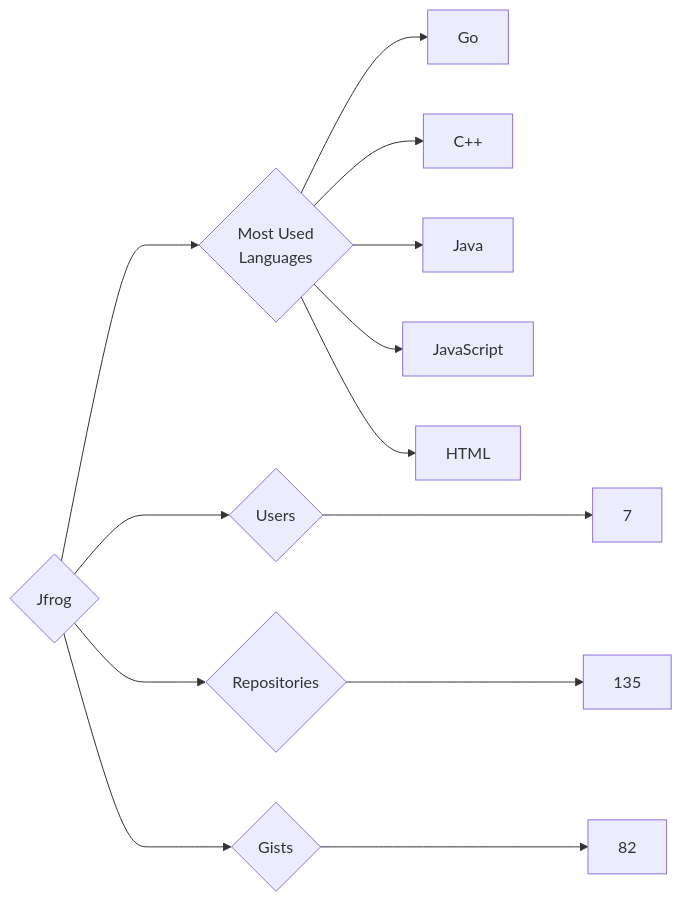
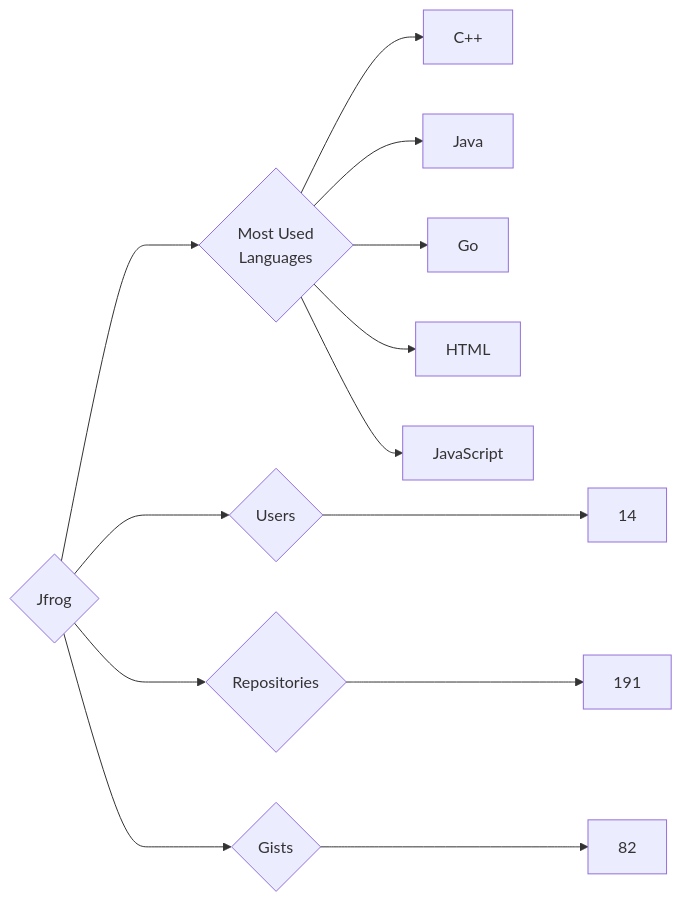
One commit to trickest/insiders changed the diagram in targets/Jfrog/README.md. Above: the diagram before and after it, drawn with Mermaid. The commit also changed 1314 other files, not shown here.

````diff
--- a/targets/Jfrog/README.md
+++ b/targets/Jfrog/README.md
@@ -3,13 +3,13 @@
 ```mermaid
 graph LR
 COMPANY_NAME{Jfrog}
-COMPANY_NAME ---> U{Users} ---> UN[7]
-COMPANY_NAME ---> R{Repositories} ---> RN[135]
+COMPANY_NAME ---> U{Users} ---> UN[14]
+COMPANY_NAME ---> R{Repositories} ---> RN[191]
 COMPANY_NAME ---> G{Gists} ---> GN[82]
 COMPANY_NAME ---> ML{Most Used<br>Languages}
-ML --> Go[Go]
 ML --> C++[C++]
 ML --> Java[Java]
+ML --> Go[Go]
+ML --> HTML[HTML]
 ML --> JavaScript[JavaScript]
-ML --> HTML[HTML]
 ```
````
